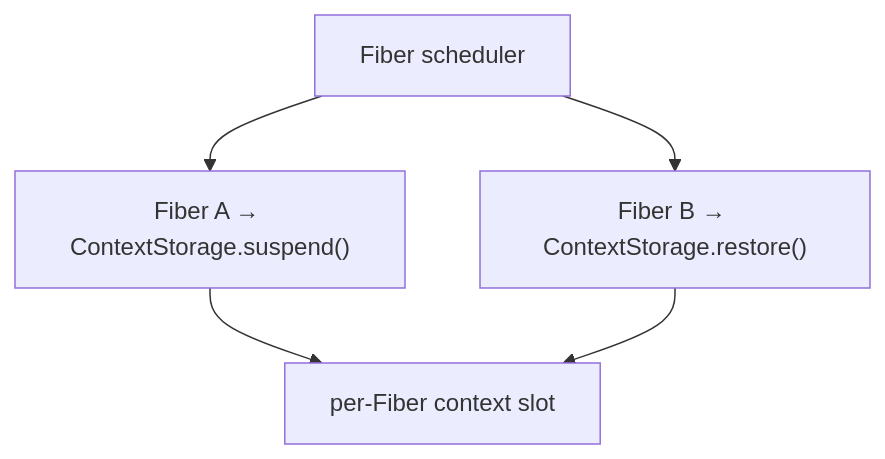
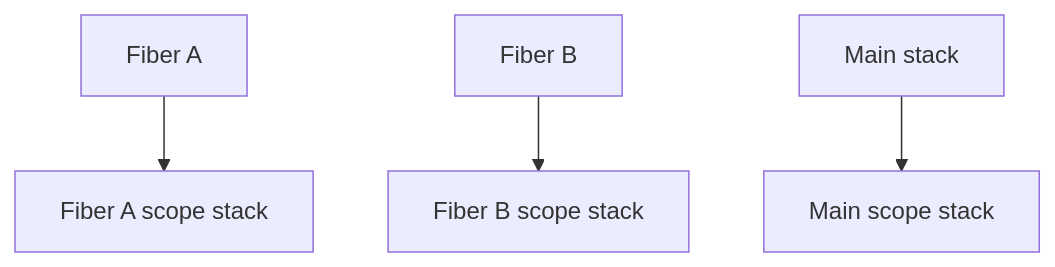
Before and after one commit to it-pack/run-it: the second of 3 diagrams in docs/architecture/context-propagation.md, drawn with Mermaid. The commit also changed other lines of this file and 14 other files, not shown here.

````diff
--- a/docs/architecture/context-propagation.md
+++ b/docs/architecture/context-propagation.md
@@ -72,7 +72,6 @@
 ```mermaid
 flowchart TD;
-    Sched["Fiber scheduler"] --> F1["Fiber A → ContextStorage.suspend()"];
-    Sched --> F2["Fiber B → ContextStorage.restore()"];
-    F1 --> Slot["per-Fiber context slot"];
-    F2 --> Slot;
+    F1["Fiber A"] --> A["Fiber A scope stack"];
+    F2["Fiber B"] --> B["Fiber B scope stack"];
+    Main["Main stack"] --> M["Main scope stack"];
 ```
````
